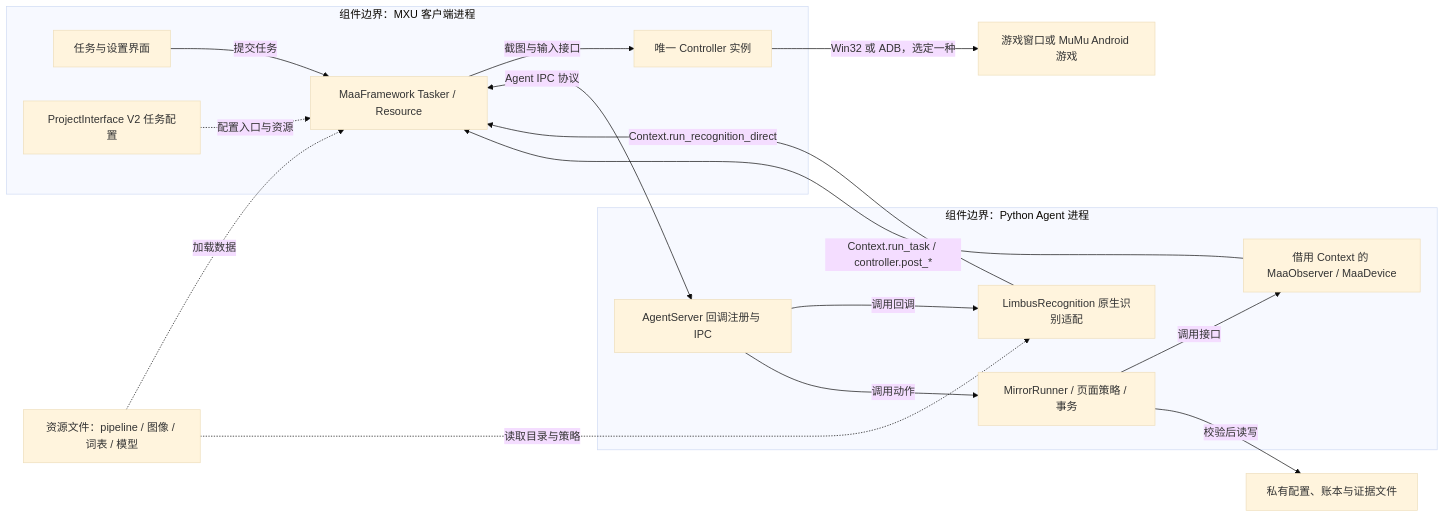
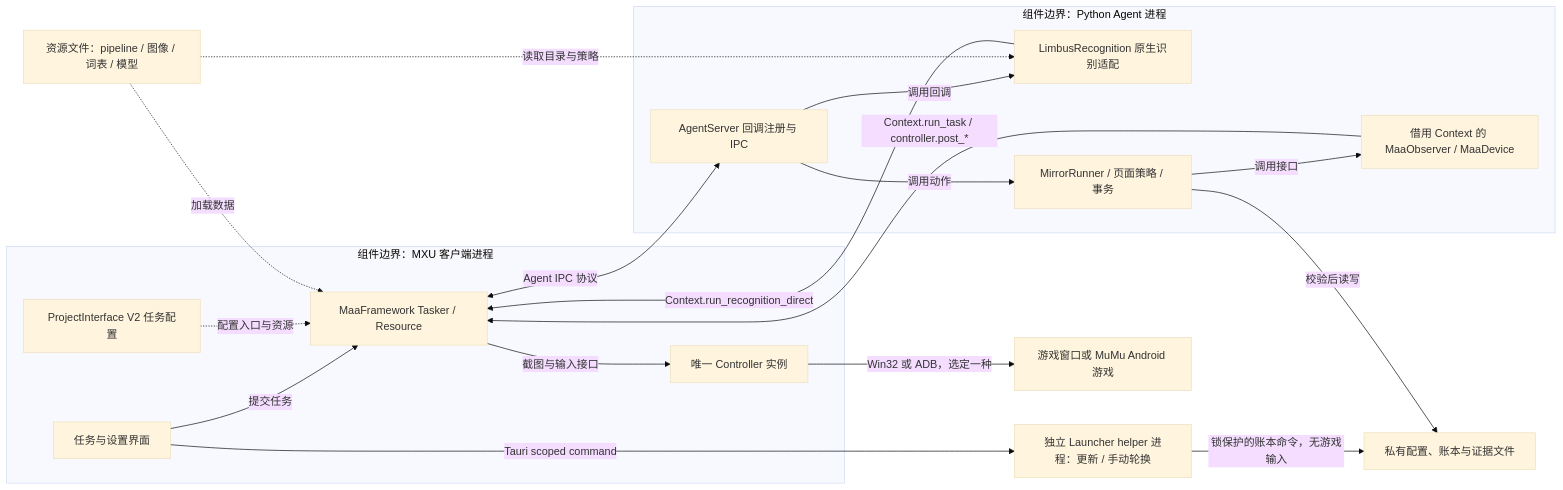
Before and after one commit to sairaisaika/MaaLimbus: the first of 3 diagrams in docs/wiki/zh_cn/2-architecture.md, drawn with Mermaid (base theme). The commit also changed other lines of this file and 26 other files, not shown here.

````diff
--- a/docs/wiki/zh_cn/2-architecture.md
+++ b/docs/wiki/zh_cn/2-architecture.md
@@ -20,31 +20,34 @@
 ```mermaid
 flowchart LR
   subgraph CLIENT["组件边界：MXU 客户端进程"]
     UI["任务与设置界面"]
     PI["ProjectInterface V2 任务配置"]
     FW["MaaFramework Tasker / Resource"]
     CTL["唯一 Controller 实例"]
     UI -->|提交任务| FW
     PI -.->|配置入口与资源| FW
     FW -->|截图与输入接口| CTL
   end
   subgraph AGENT["组件边界：Python Agent 进程"]
     SERVER["AgentServer 回调注册与 IPC"]
     REC["LimbusRecognition 原生识别适配"]
     BIZ["MirrorRunner / 页面策略 / 事务"]
     BRIDGE["借用 Context 的 MaaObserver / MaaDevice"]
     SERVER -->|调用回调| REC
     SERVER -->|调用动作| BIZ
     BIZ -->|调用接口| BRIDGE
   end
   RES["资源文件：pipeline / 图像 / 词表 / 模型"]
   STORE["私有配置、账本与证据文件"]
   GAME["游戏窗口或 MuMu Android 游戏"]
   FW <-->|Agent IPC 协议| SERVER
   BRIDGE -->|Context.run_task / controller.post_*| FW
   REC -->|Context.run_recognition_direct| FW
   RES -.->|加载数据| FW
   RES -.->|读取目录与策略| REC
   BIZ -->|校验后读写| STORE
+  HELPER["独立 Launcher helper 进程：更新 / 手动轮换"]
+  UI -->|Tauri scoped command| HELPER
+  HELPER -->|锁保护的账本命令，无游戏输入| STORE
   CTL -->|Win32 或 ADB，选定一种| GAME
 ```
````
